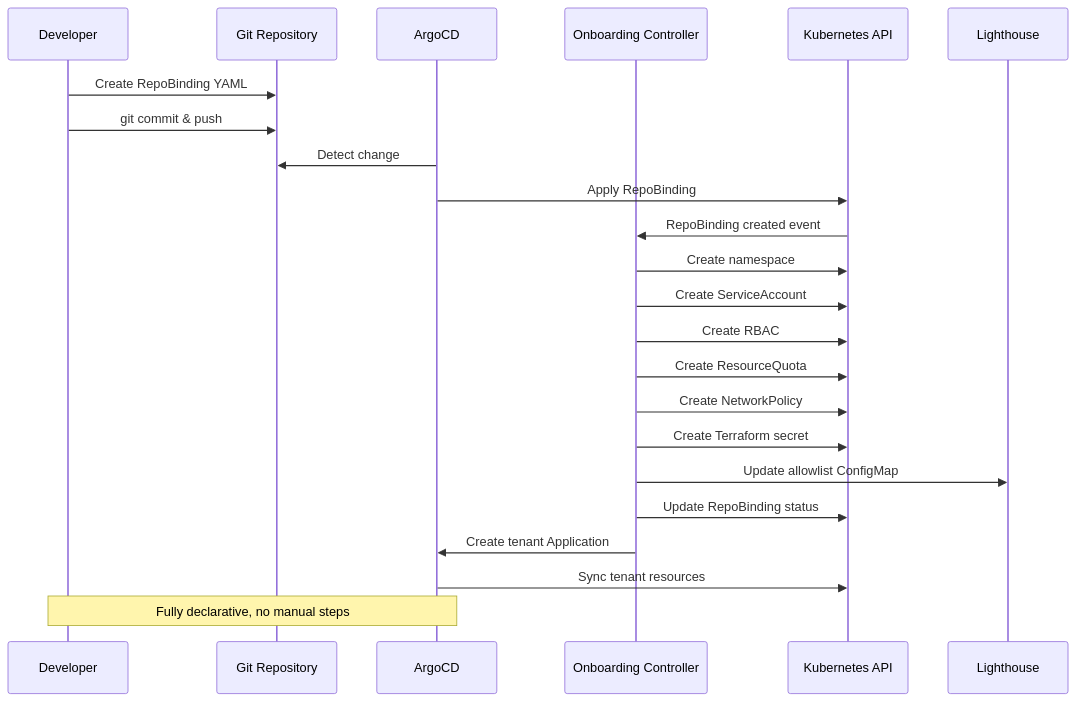
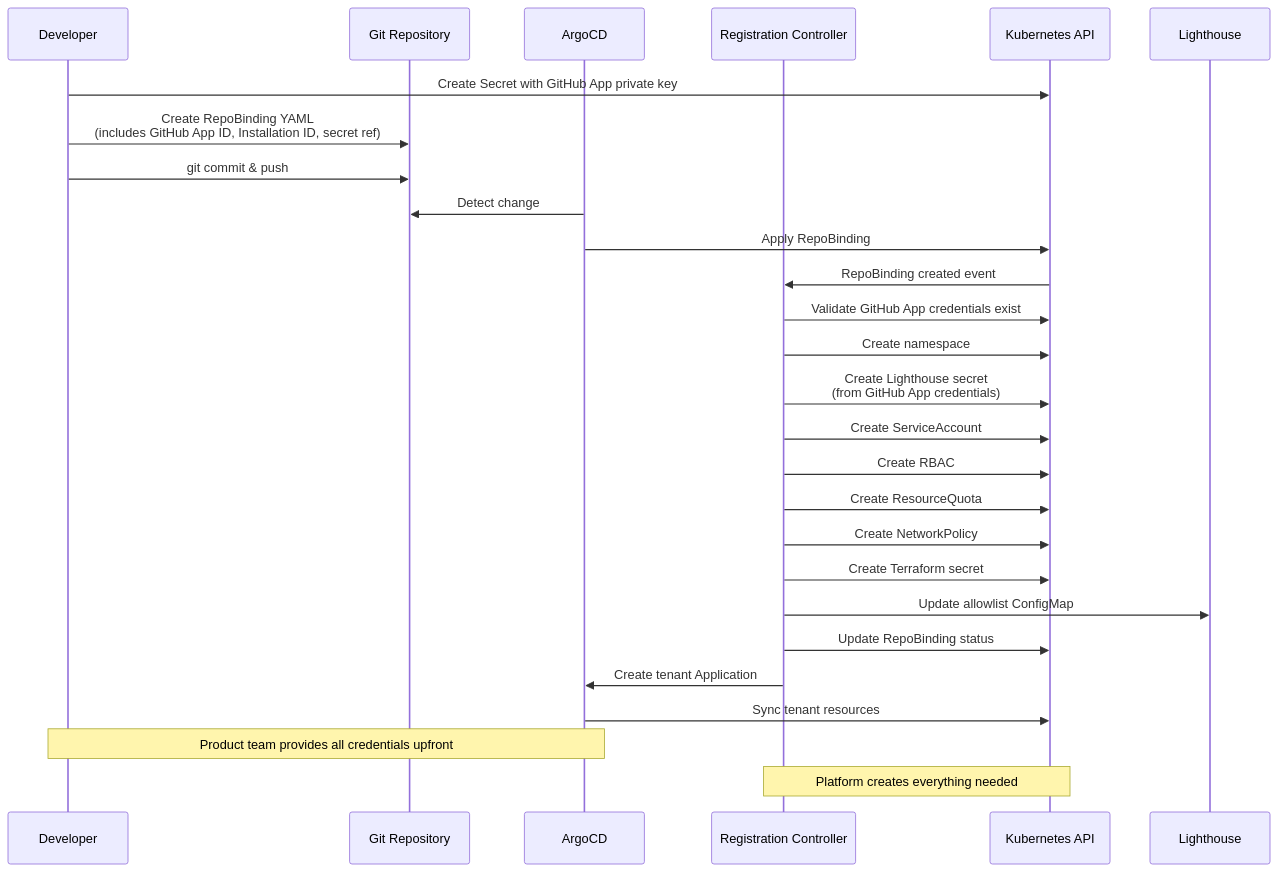
The fourth of 4 diagrams in .kiro/specs/jenkinsx-gitops-platform/design.md (bdchatham/AphexPlatformInfrastructure), drawn with Mermaid before and after one commit. The commit also changed other lines of this file and 1 other file, not shown here.

First line of the commit message:
Simplify webhook approach: manual webhooks with platform-generated secrets

````diff
--- a/.kiro/specs/jenkinsx-gitops-platform/design.md
+++ b/.kiro/specs/jenkinsx-gitops-platform/design.md
@@ -518,27 +525,31 @@
 ```mermaid
 sequenceDiagram
     participant Dev as Developer
     participant Git as Git Repository
     participant ArgoCD
-    participant Controller as Onboarding Controller
+    participant Controller as Registration Controller
     participant K8s as Kubernetes API
     participant Lighthouse
     
-    Dev->>Git: Create RepoBinding YAML
+    Dev->>K8s: Create Secret with GitHub App private key
+    Dev->>Git: Create RepoBinding YAML<br/>(includes GitHub App ID, Installation ID, secret ref)
     Dev->>Git: git commit & push
     ArgoCD->>Git: Detect change
     ArgoCD->>K8s: Apply RepoBinding
     K8s->>Controller: RepoBinding created event
+    Controller->>K8s: Validate GitHub App credentials exist
     Controller->>K8s: Create namespace
+    Controller->>K8s: Create Lighthouse secret<br/>(from GitHub App credentials)
     Controller->>K8s: Create ServiceAccount
     Controller->>K8s: Create RBAC
     Controller->>K8s: Create ResourceQuota
     Controller->>K8s: Create NetworkPolicy
     Controller->>K8s: Create Terraform secret
     Controller->>Lighthouse: Update allowlist ConfigMap
     Controller->>K8s: Update RepoBinding status
     Controller->>ArgoCD: Create tenant Application
     ArgoCD->>K8s: Sync tenant resources
     
-    Note over Dev,ArgoCD: Fully declarative, no manual steps
+    Note over Dev,ArgoCD: Product team provides all credentials upfront
+    Note over Controller,K8s: Platform creates everything needed
 ```
````
